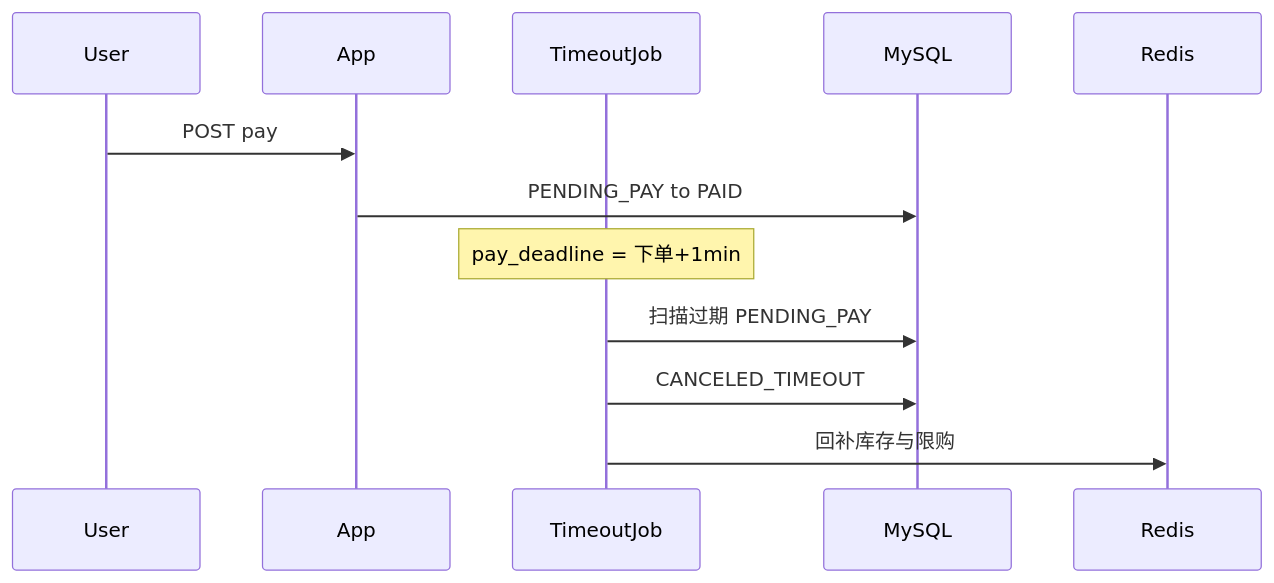
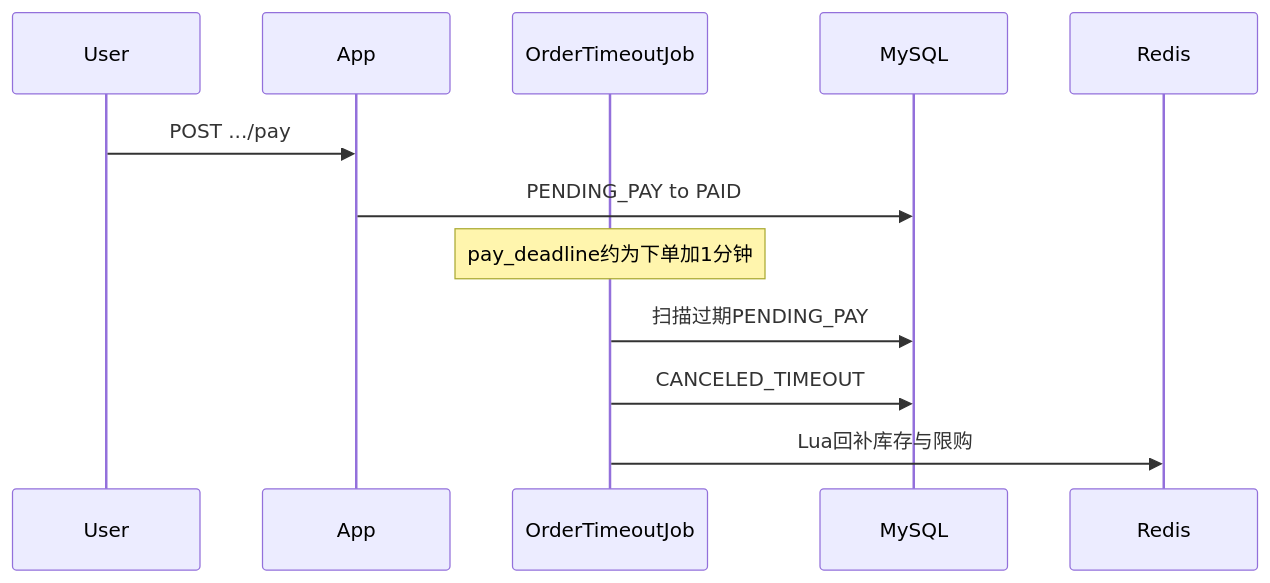
Before and after one commit to wegod/presence: the sixth of 8 diagrams in README.md, drawn with Mermaid. The commit also changed other lines of this file, not shown here.

First line of the commit message:
Fix README architecture diagrams to match the implemented flow.

````diff
--- a/README.md
+++ b/README.md
@@ -159,15 +172,15 @@
 ```mermaid
 sequenceDiagram
   participant U as User
   participant API as App
-  participant Job as TimeoutJob
+  participant Job as OrderTimeoutJob
   participant DB as MySQL
   participant R as Redis
 
-  U->>API: POST pay
+  U->>API: POST .../pay
   API->>DB: PENDING_PAY to PAID
-  Note over Job: pay_deadline = 下单+1min
-  Job->>DB: 扫描过期 PENDING_PAY
+  Note over Job: pay_deadline约为下单加1分钟
+  Job->>DB: 扫描过期PENDING_PAY
   Job->>DB: CANCELED_TIMEOUT
-  Job->>R: 回补库存与限购
+  Job->>R: Lua回补库存与限购
 ```
````
